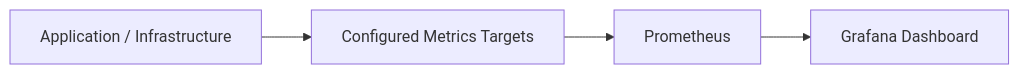
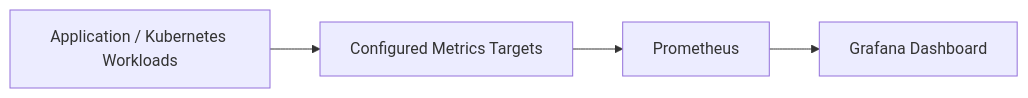
One commit to kantamnenimanusha/cloudops-360 changed the fifth of 5 diagrams in README.md. Above: the diagram before and after it, drawn with Mermaid. The commit also changed other lines of this file, not shown here.

````diff
--- a/README.md
+++ b/README.md
@@ -425,11 +725,9 @@
 ```mermaid
 flowchart LR
-    APP["Application / Infrastructure"]
-    TARGETS["Configured Metrics Targets"]
-    PROM["Prometheus"]
-    GRAF["Grafana Dashboard"]
+    A["Application / Kubernetes Workloads"]
+    B["Configured Metrics Targets"]
+    C["Prometheus"]
+    D["Grafana Dashboard"]
 
-    APP --> TARGETS
-    TARGETS --> PROM
-    PROM --> GRAF
+    A --> B --> C --> D
 ```
````
